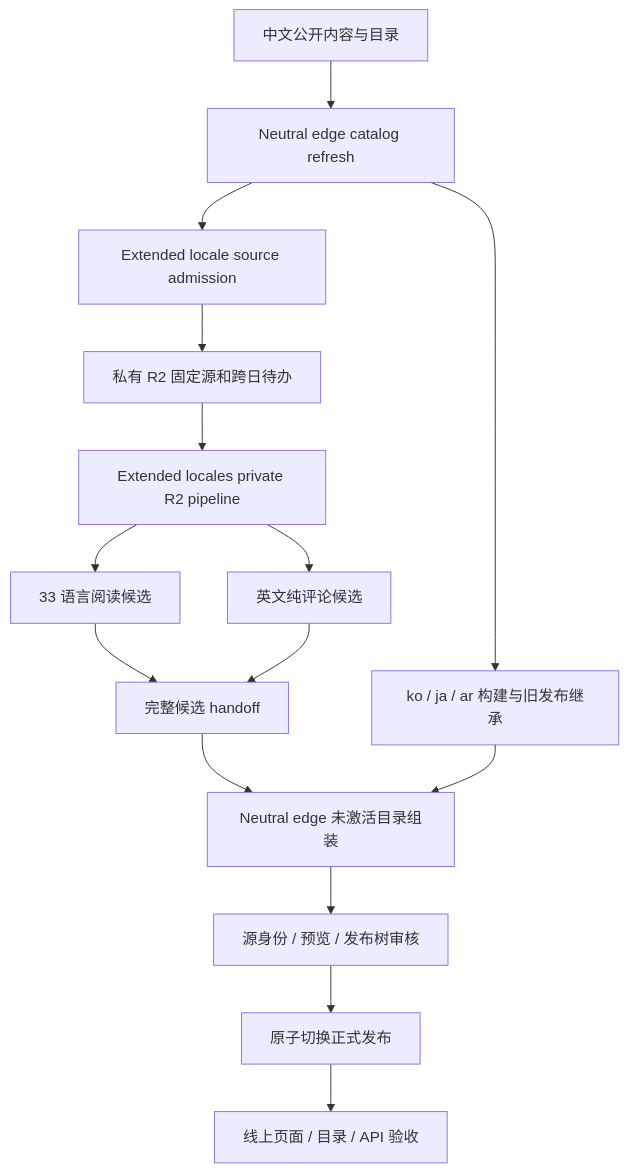
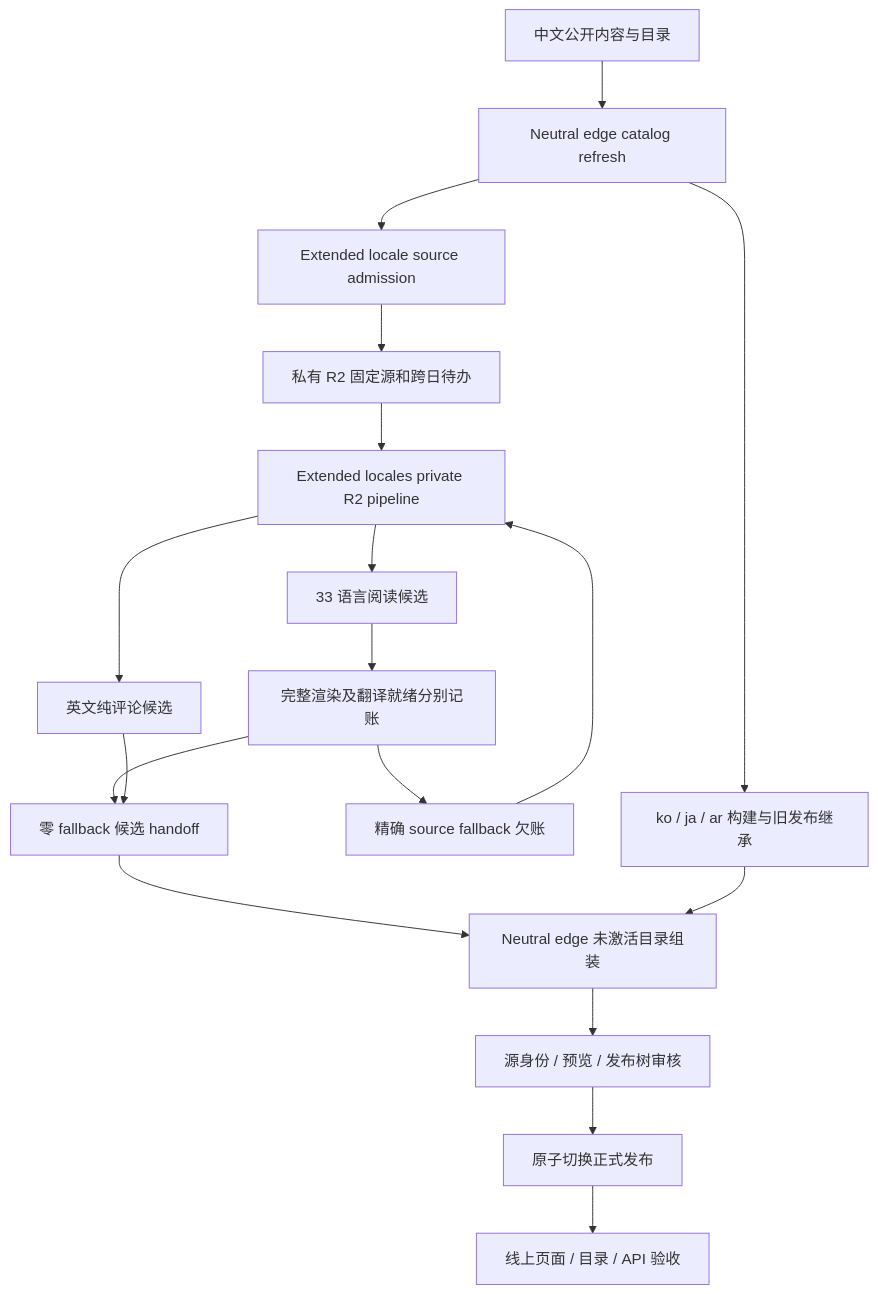
Before and after one commit to yt-feng/rpt_edit: the diagram in docs/portal-multilingual-architecture.md, drawn with Mermaid. The commit also changed other lines of this file and 18 other files, not shown here.

````diff
--- a/docs/portal-multilingual-architecture.md
+++ b/docs/portal-multilingual-architecture.md
@@ -24,17 +24,20 @@
 ```mermaid
 flowchart TD
     Z[中文公开内容与目录] --> N[Neutral edge catalog refresh]
     N --> L[ko / ja / ar 构建与旧发布继承]
     N --> S[Extended locale source admission]
     S --> R[私有 R2 固定源和跨日待办]
     R --> C[Extended locales private R2 pipeline]
     C --> X[33 语言阅读候选]
     C --> E[英文纯评论候选]
-    X --> H[完整候选 handoff]
+    X --> Q[完整渲染及翻译就绪分别记账]
+    Q --> D[精确 source fallback 欠账]
+    D --> C
+    Q --> H[零 fallback 候选 handoff]
     E --> H
     H --> P[Neutral edge 未激活目录组装]
     L --> P
     P --> V[源身份 / 预览 / 发布树审核]
     V --> A[原子切换正式发布]
     A --> O[线上页面 / 目录 / API 验收]
 ```
````
